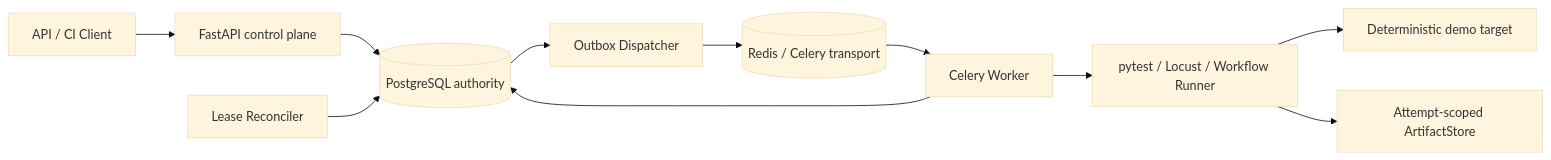
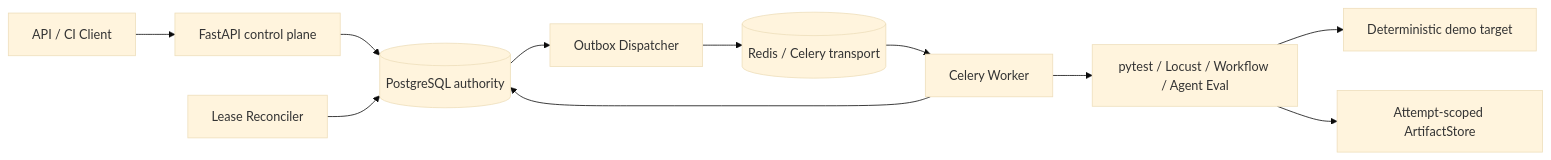
The diagram in README.md (liuyaohui666/Quality-flow), drawn with Mermaid (base theme) before and after one commit. The commit also changed other lines of this file and 11 other files, not shown here.

````diff
--- a/README.md
+++ b/README.md
@@ -21,13 +21,13 @@
 ```mermaid
 flowchart LR
     Client["API / CI Client"] --> API["FastAPI control plane"]
     API --> PG[("PostgreSQL authority")]
     PG --> Dispatcher["Outbox Dispatcher"]
     Dispatcher --> Redis[("Redis / Celery transport")]
     Redis --> Worker["Celery Worker"]
-    Worker --> Runner["pytest / Locust / Workflow Runner"]
+    Worker --> Runner["pytest / Locust / Workflow / Agent Eval"]
     Runner --> Target["Deterministic demo target"]
     Runner --> Store["Attempt-scoped ArtifactStore"]
     Worker --> PG
     Reconciler["Lease Reconciler"] --> PG
 ```
````
